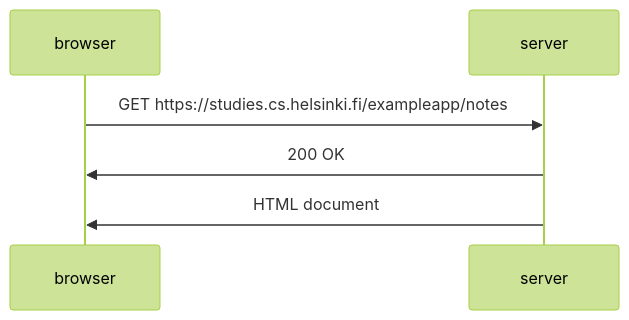
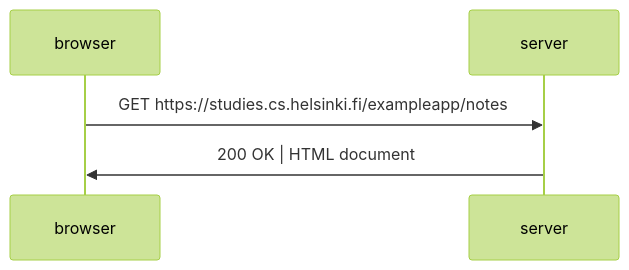
One commit to xj4v1x/fullstackopen changed the diagram in part0/04_Nuevo_Diagrama_de_nota.md. Above: the diagram before and after it, drawn with Mermaid (forest theme).

````diff
--- a/part0/04_Nuevo_Diagrama_de_nota.md
+++ b/part0/04_Nuevo_Diagrama_de_nota.md
@@ -1,11 +1,10 @@
 ```mermaid
 sequenceDiagram
     participant browser
     participant server
 
     browser->>server: GET https://studies.cs.helsinki.fi/exampleapp/notes
-    server->>browser: 200 OK
-    server->>browser: HTML document
+    server->>browser: 200 OK | HTML document
 
 
 ```
````
